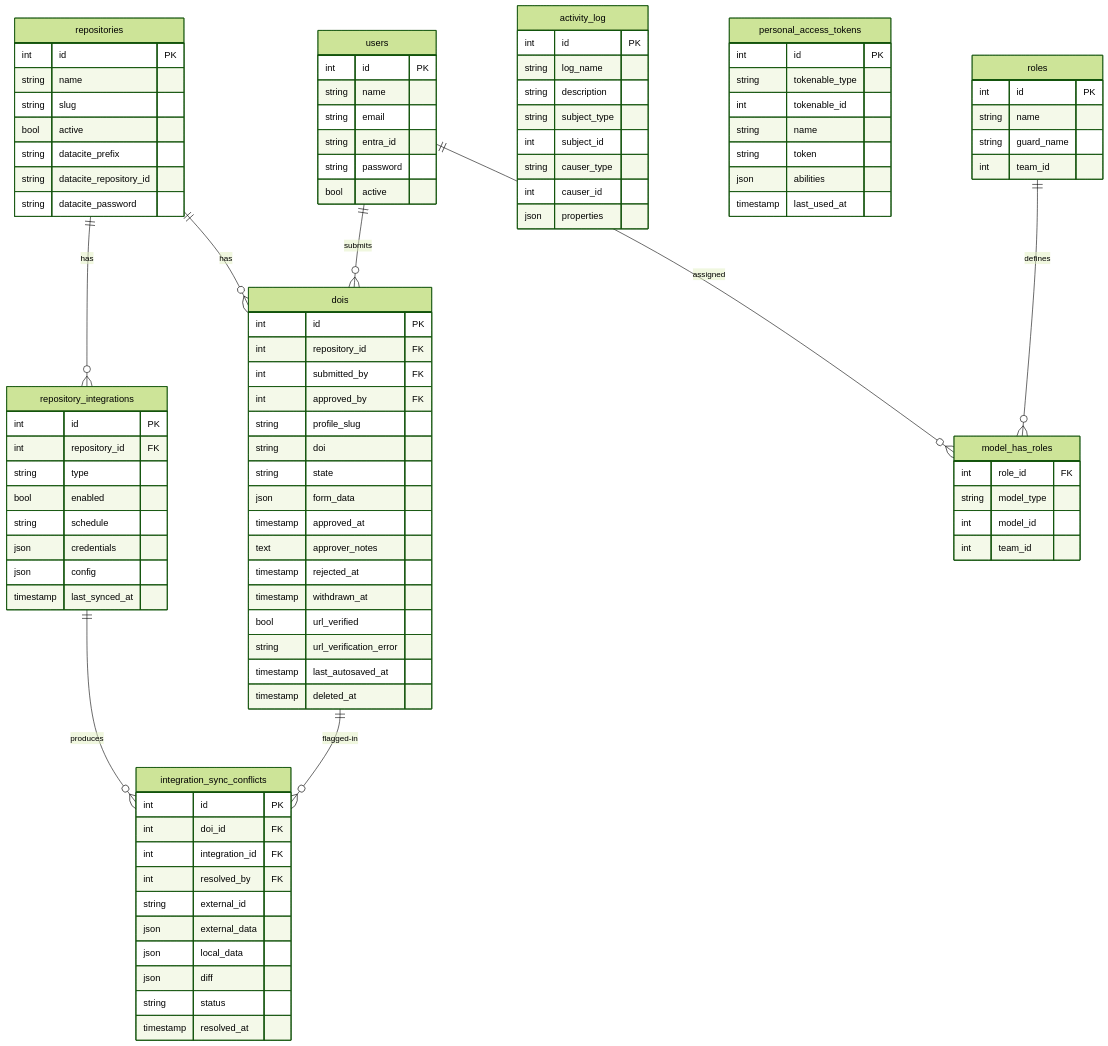
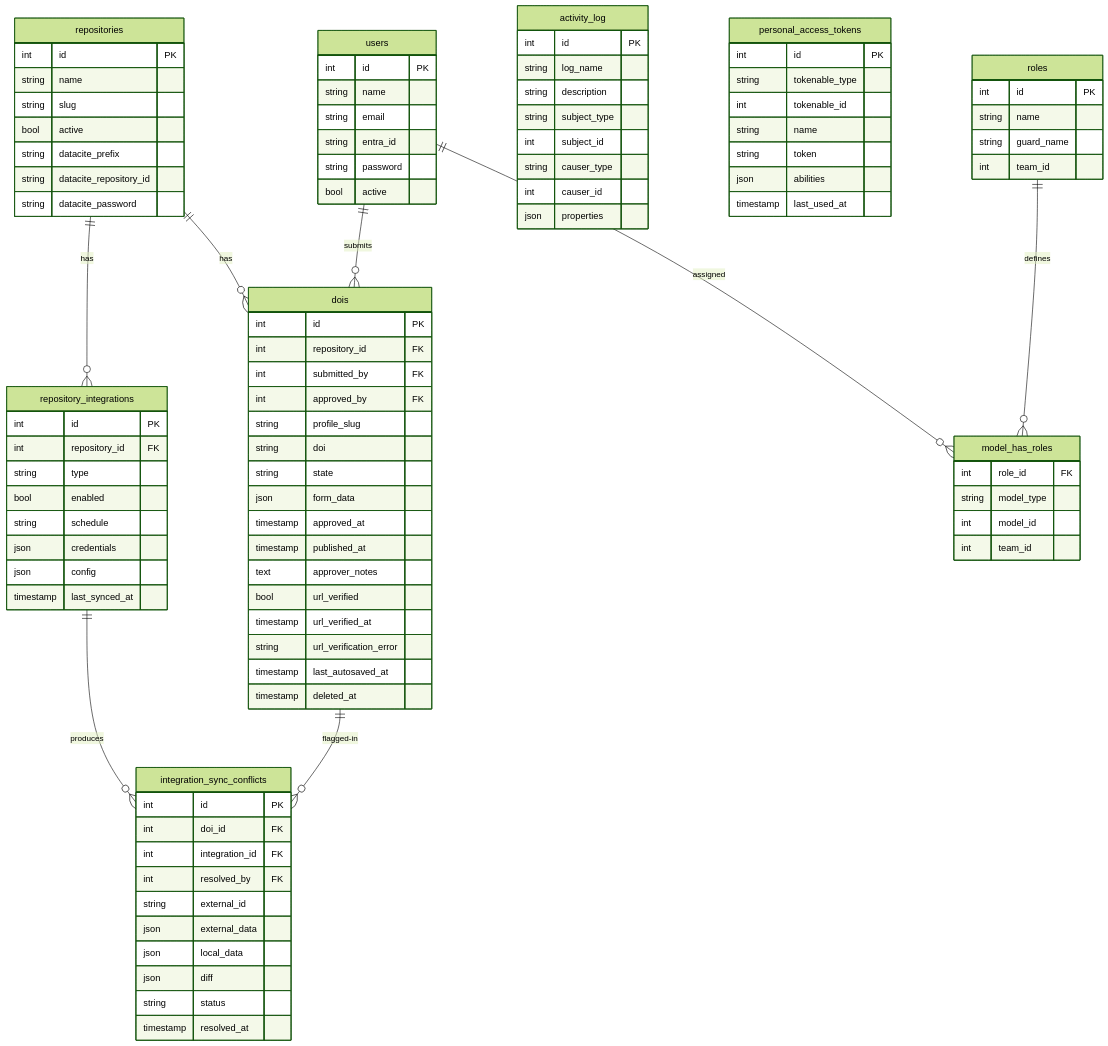
One commit to dfo-osdt/doi-forge changed the diagram in docs/design.md. Above: the diagram before and after it, drawn with Mermaid (forest theme). The commit also changed other lines of this file, not shown here.

```diff
--- a/docs/design.md
+++ b/docs/design.md
@@ -1073,10 +1082,10 @@
     string state
     json form_data
     timestamp approved_at
+    timestamp published_at
     text approver_notes
-    timestamp rejected_at
-    timestamp withdrawn_at
     bool url_verified
+    timestamp url_verified_at
     string url_verification_error
     timestamp last_autosaved_at
     timestamp deleted_at
```
